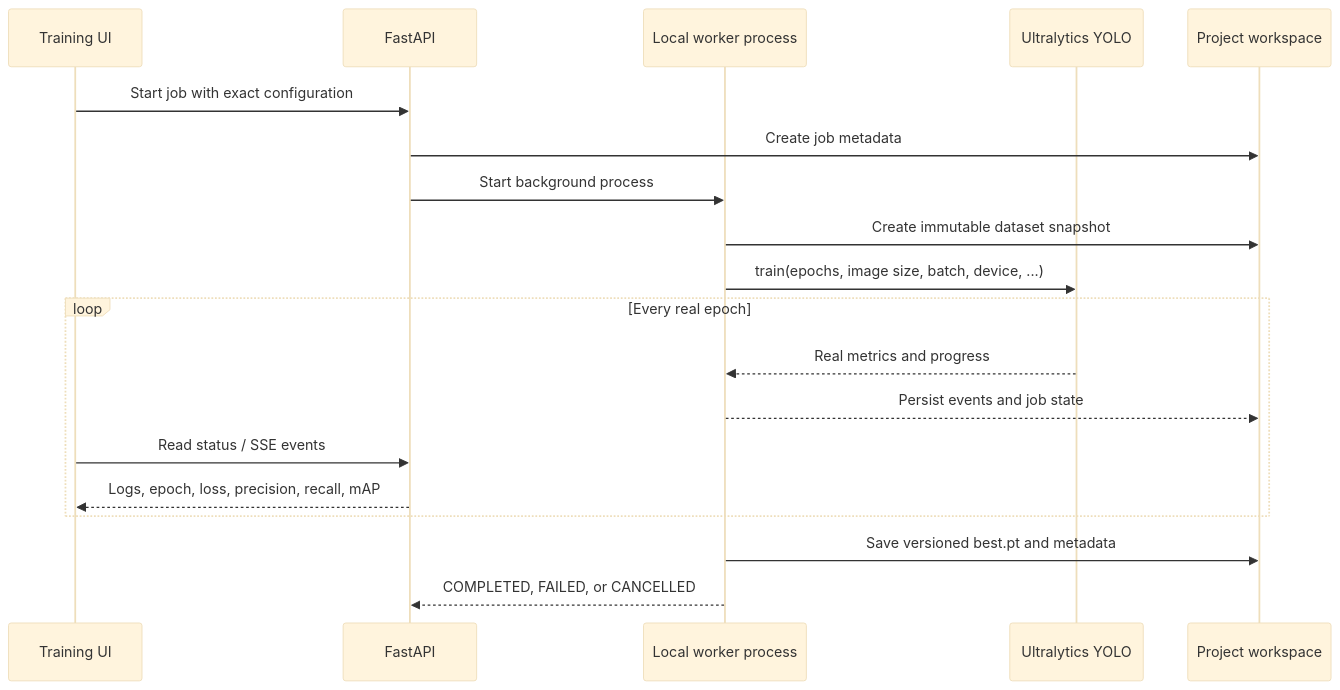
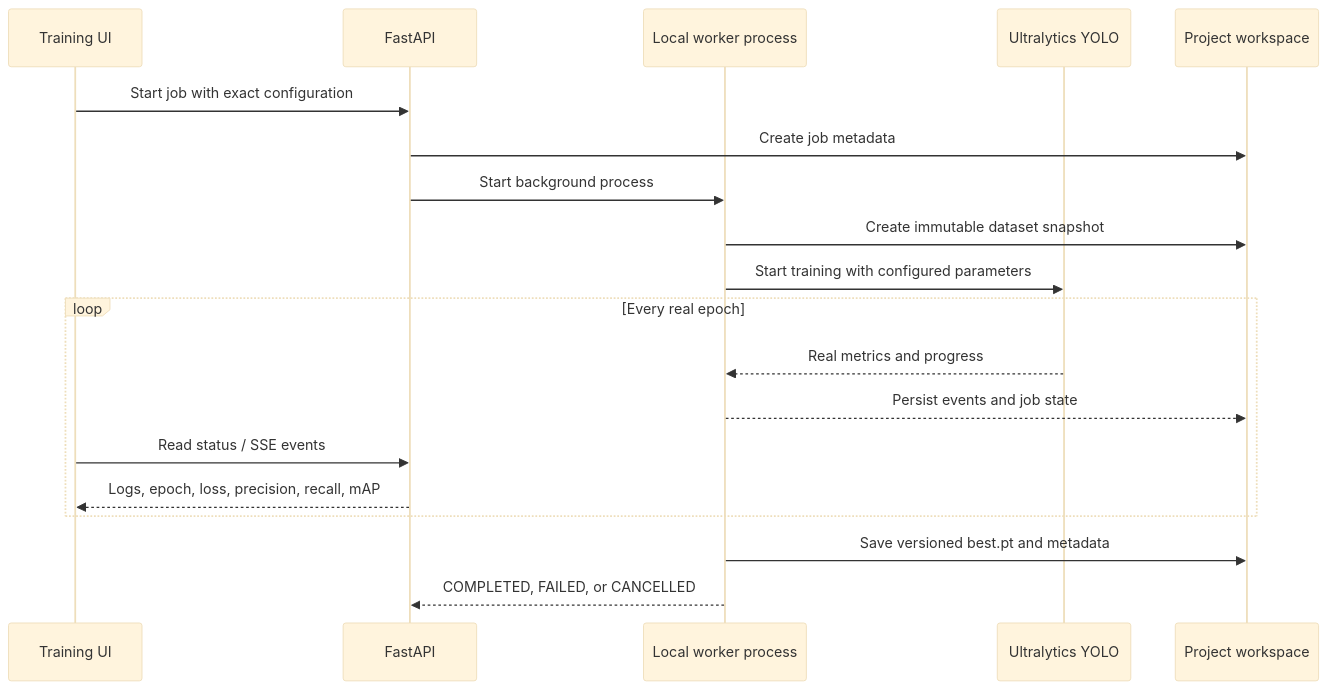
One commit to girijageddavalasa/Annotix changed the fourth of 4 diagrams in README.md. Above: the diagram before and after it, drawn with Mermaid (base theme). The commit also changed other lines of this file, not shown here.

Commit message:
Fix GitHub Mermaid diagram rendering

````diff
--- a/README.md
+++ b/README.md
@@ -232,22 +232,22 @@
 ```mermaid
 sequenceDiagram
     participant UI as Training UI
     participant API as FastAPI
     participant Worker as Local worker process
     participant YOLO as Ultralytics YOLO
     participant Disk as Project workspace
 
     UI->>API: Start job with exact configuration
     API->>Disk: Create job metadata
     API->>Worker: Start background process
     Worker->>Disk: Create immutable dataset snapshot
-    Worker->>YOLO: train(epochs, image size, batch, device, ...)
+    Worker->>YOLO: Start training with configured parameters
     loop Every real epoch
         YOLO-->>Worker: Real metrics and progress
         Worker-->>Disk: Persist events and job state
         UI->>API: Read status / SSE events
         API-->>UI: Logs, epoch, loss, precision, recall, mAP
     end
     Worker->>Disk: Save versioned best.pt and metadata
     Worker-->>API: COMPLETED, FAILED, or CANCELLED
 ```
````
